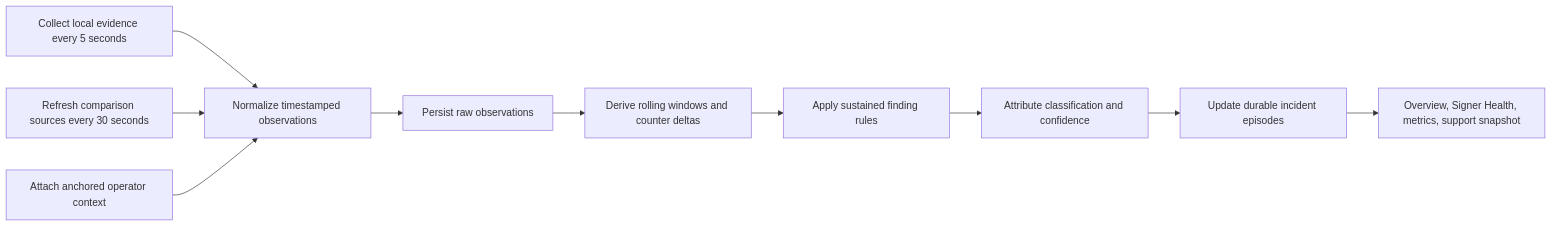
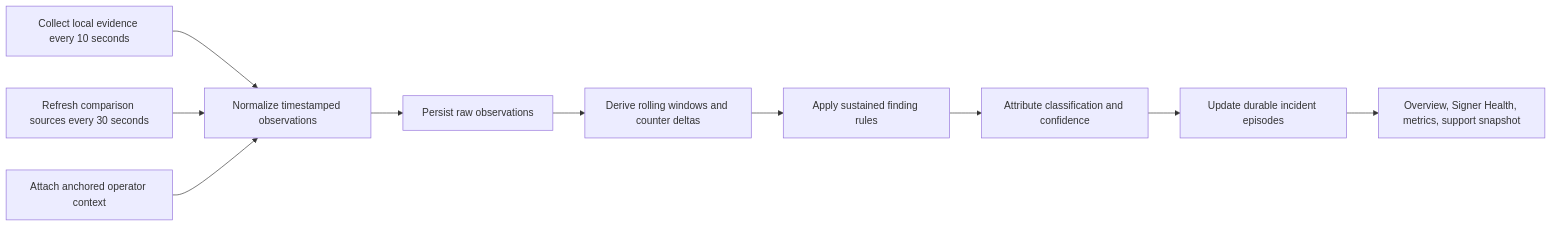
Before and after one commit to stx-labs/signer-sidekick: the diagram in docs/product/signer-health-diagnosis-model.md, drawn with Mermaid. The commit also changed other lines of this file and 7 other files, not shown here.

````diff
--- a/docs/product/signer-health-diagnosis-model.md
+++ b/docs/product/signer-health-diagnosis-model.md
@@ -113,12 +113,12 @@
 ```mermaid
 flowchart LR
-    A[Collect local evidence every 5 seconds] --> D[Normalize timestamped observations]
+    A[Collect local evidence every 10 seconds] --> D[Normalize timestamped observations]
     B[Refresh comparison sources every 30 seconds] --> D
     C[Attach anchored operator context] --> D
     D --> E[Persist raw observations]
     E --> F[Derive rolling windows and counter deltas]
     F --> G[Apply sustained finding rules]
     G --> H[Attribute classification and confidence]
     H --> I[Update durable incident episodes]
     I --> J[Overview, Signer Health, metrics, support snapshot]
 ```
````
